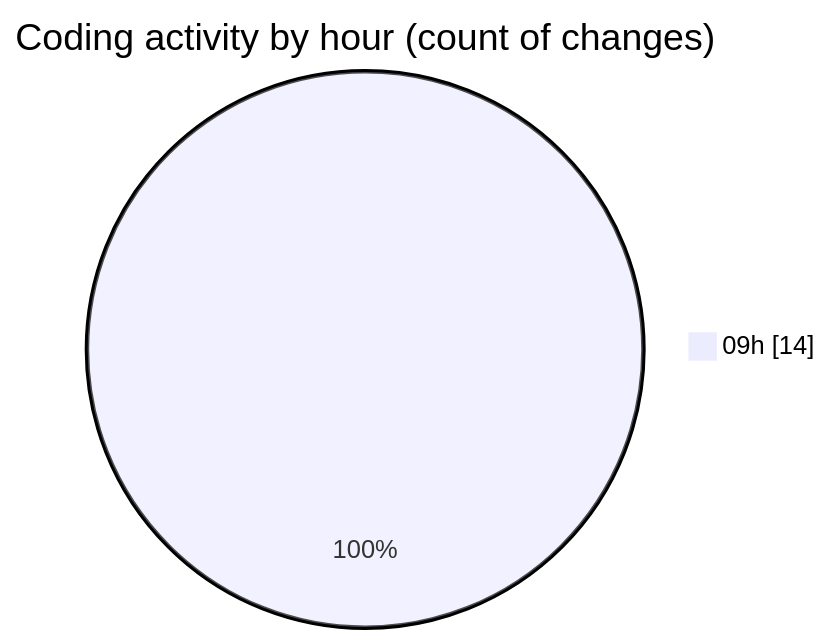
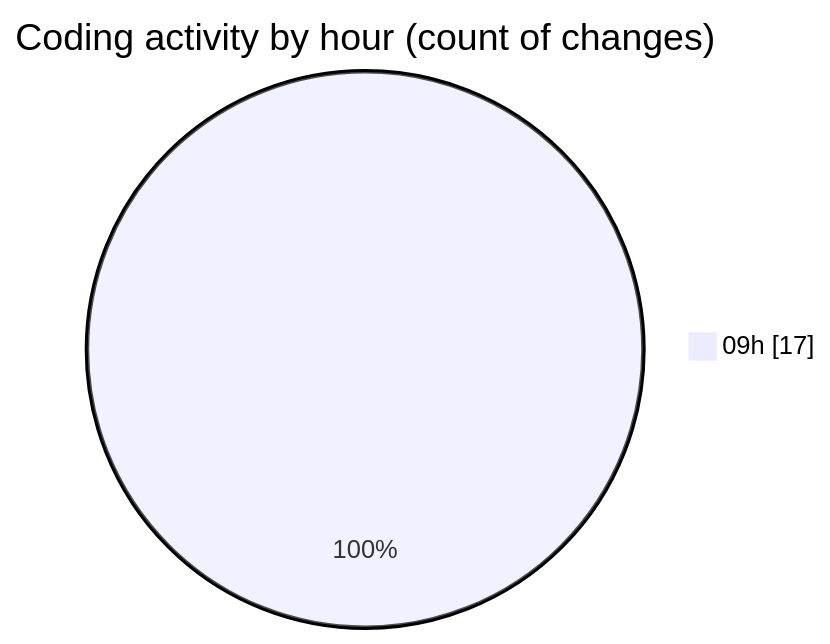
Before and after one commit to MatusMokan/code-tracking: the second of 2 diagrams in 2025-04-30/myws__workspace_/README.md, drawn with Mermaid. The commit also changed other lines of this file and 1 other file, not shown here.

````diff
--- a/2025-04-30/myws__workspace_/README.md
+++ b/2025-04-30/myws__workspace_/README.md
@@ -35,5 +35,5 @@
 ```mermaid
 pie showData
 title Coding activity by hour (count of changes)
-"09h" : 14
+"09h" : 17
 ```
````
